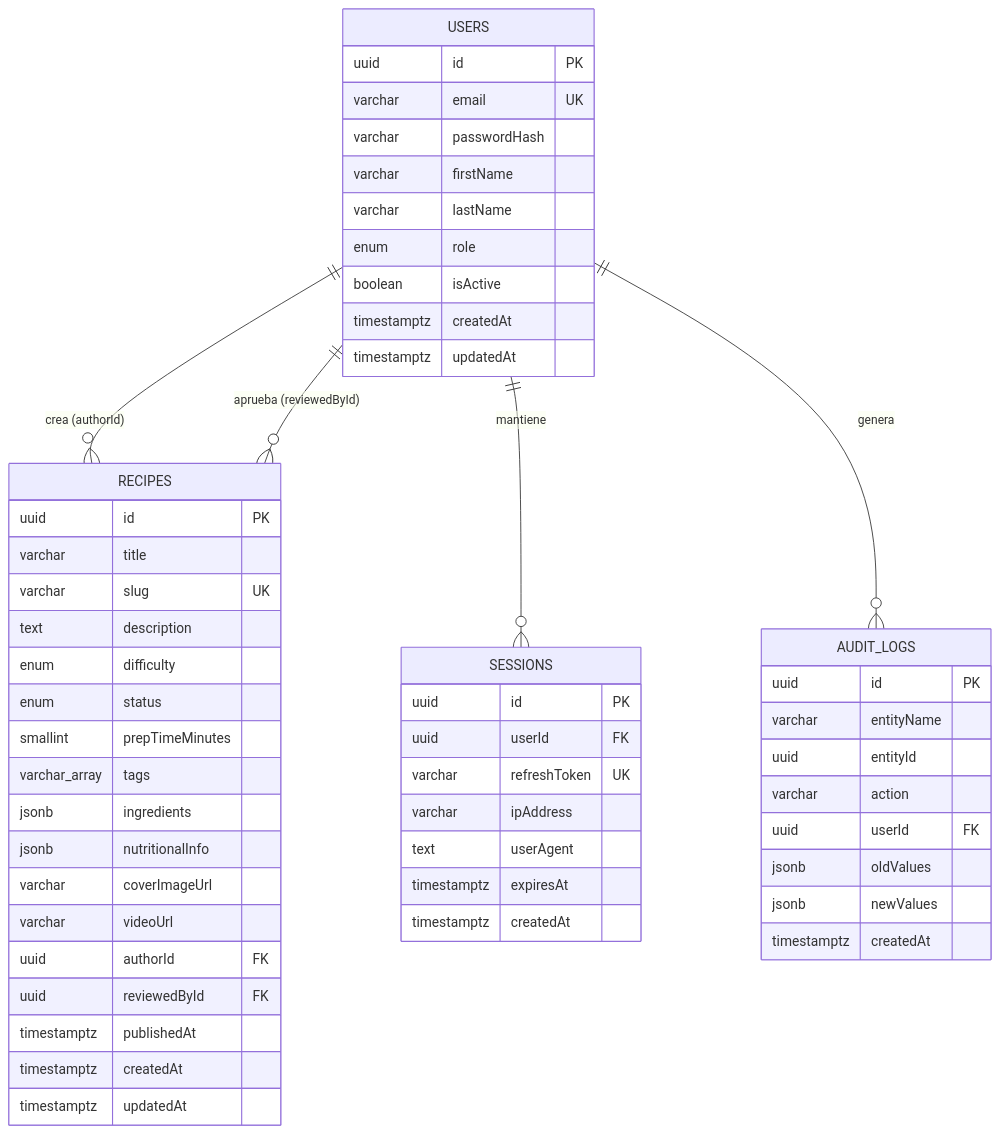
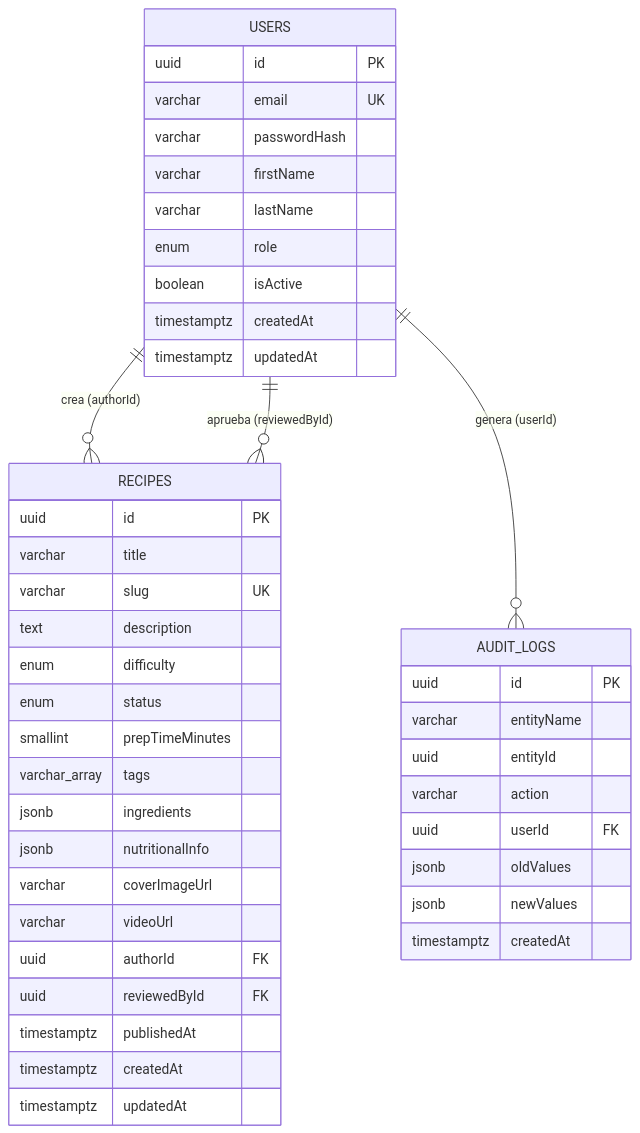
The diagram in docs/data_model.md (zgfnicolas/recetaria), drawn with Mermaid before and after one commit. The commit also changed other lines of this file and 13 other files, not shown here.

````diff
--- a/docs/data_model.md
+++ b/docs/data_model.md
@@ -6,60 +6,49 @@
 ```mermaid
 erDiagram
   USERS ||--o{ RECIPES : "crea (authorId)"
   USERS ||--o{ RECIPES : "aprueba (reviewedById)"
-  USERS ||--o{ SESSIONS : "mantiene"
-  USERS ||--o{ AUDIT_LOGS : "genera"
+  USERS ||--o{ AUDIT_LOGS : "genera (userId)"
 
   USERS {
     uuid id PK
     varchar email UK
     varchar passwordHash
     varchar firstName
     varchar lastName
     enum role
     boolean isActive
     timestamptz createdAt
     timestamptz updatedAt
   }
 
   RECIPES {
     uuid id PK
     varchar title
     varchar slug UK
     text description
     enum difficulty
     enum status
     smallint prepTimeMinutes
     varchar_array tags
     jsonb ingredients
     jsonb nutritionalInfo
     varchar coverImageUrl
     varchar videoUrl
     uuid authorId FK
     uuid reviewedById FK
     timestamptz publishedAt
     timestamptz createdAt
     timestamptz updatedAt
   }
 
-  SESSIONS {
-    uuid id PK
-    uuid userId FK
-    varchar refreshToken UK
-    varchar ipAddress
-    text userAgent
-    timestamptz expiresAt
-    timestamptz createdAt
-  }
-
   AUDIT_LOGS {
     uuid id PK
     varchar entityName
     uuid entityId
     varchar action
     uuid userId FK
     jsonb oldValues
     jsonb newValues
     timestamptz createdAt
   }
 ```
````
